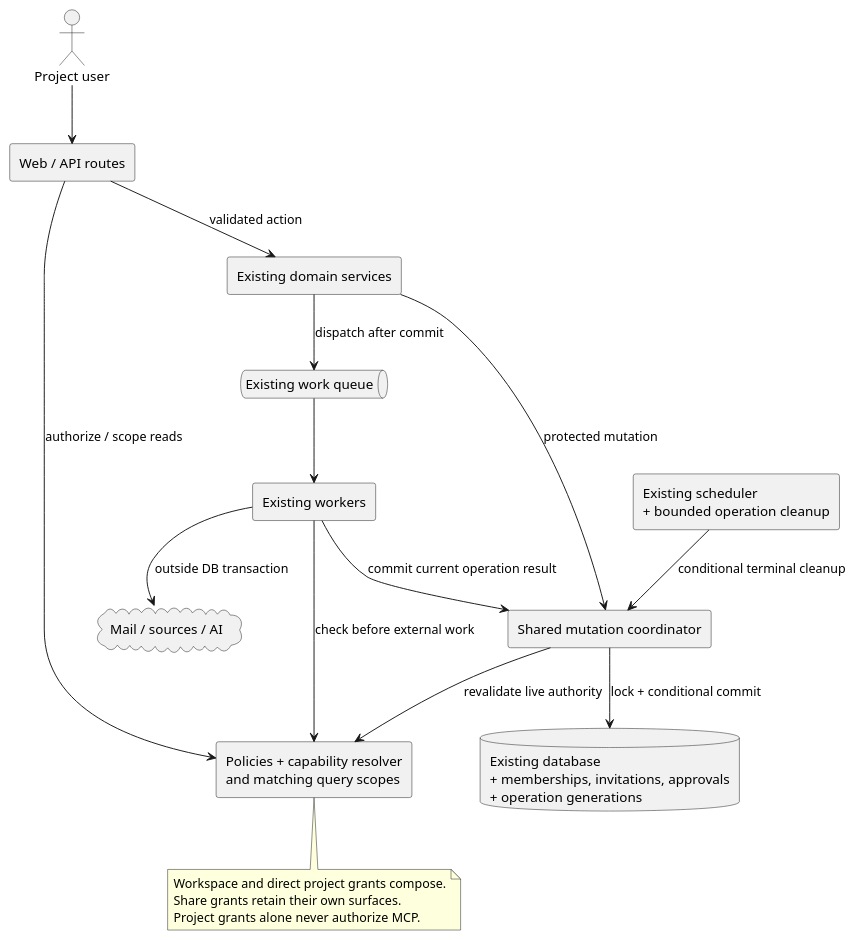
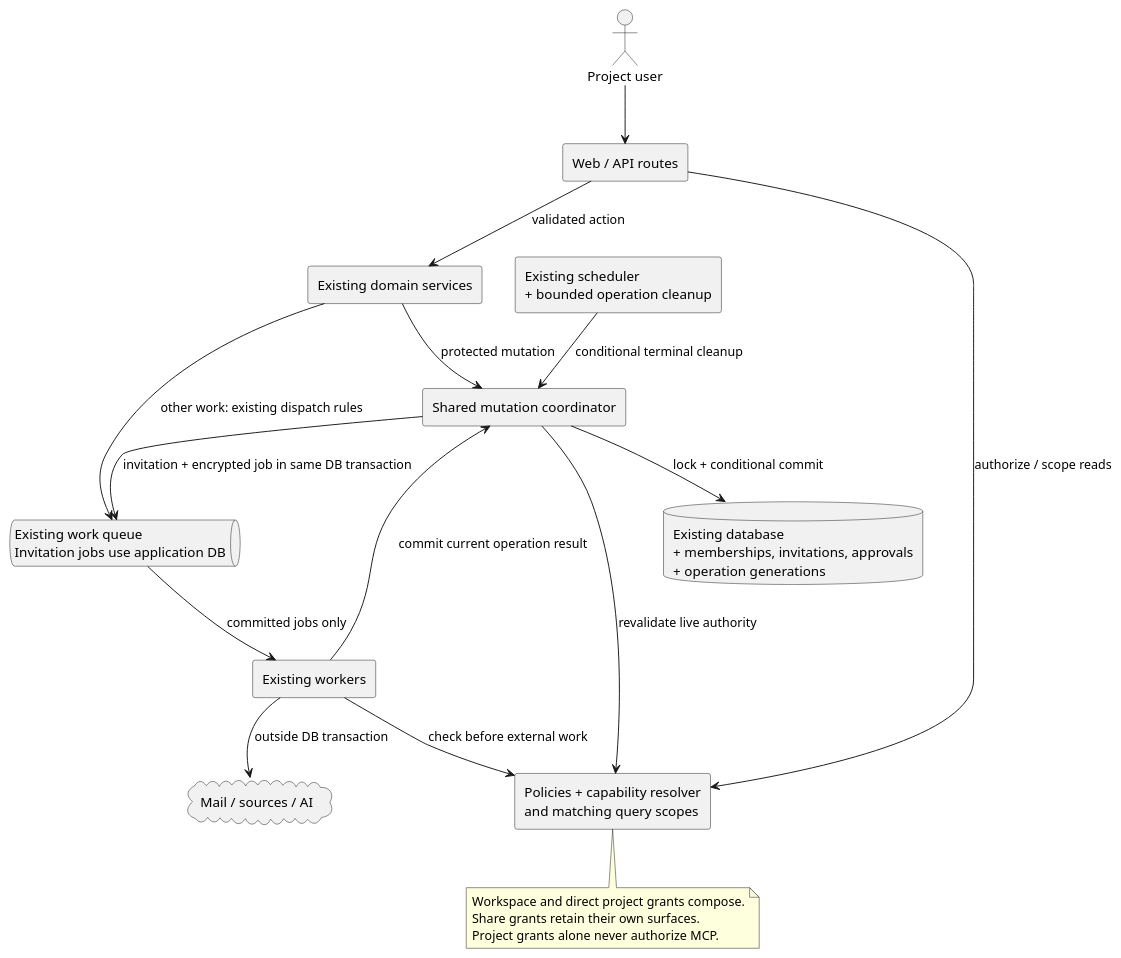
Before and after one commit to batjaa/kedge: the second of 3 diagrams in docs/plans/project-access-eng-review.md, drawn with PlantUML. The commit also changed other lines of this file and 5 other files, not shown here.

Commit message:
docs(spec): make invitation queue handoff atomic

````diff
--- a/docs/plans/project-access-eng-review.md
+++ b/docs/plans/project-access-eng-review.md
@@ -432,32 +465,33 @@
 ```plantuml
 @startuml
 skinparam componentStyle rectangle
 actor "Project user" as User
 component "Web / API routes" as Routes
 component "Policies + capability resolver\nand matching query scopes" as Access
 component "Existing domain services" as Services
 component "Shared mutation coordinator" as Guard
 database "Existing database\n+ memberships, invitations, approvals\n+ operation generations" as DB
-queue "Existing work queue" as Queue
+queue "Existing work queue\nInvitation jobs use application DB" as Queue
 component "Existing workers" as Workers
 cloud "Mail / sources / AI" as External
 component "Existing scheduler\n+ bounded operation cleanup" as Cleanup
 User --> Routes
 Routes --> Access : authorize / scope reads
 Routes --> Services : validated action
 Services --> Guard : protected mutation
 Guard --> Access : revalidate live authority
 Guard --> DB : lock + conditional commit
-Services --> Queue : dispatch after commit
-Queue --> Workers
+Services --> Queue : other work: existing dispatch rules
+Guard --> Queue : invitation + encrypted job in same DB transaction
+Queue --> Workers : committed jobs only
 Workers --> Access : check before external work
 Workers --> External : outside DB transaction
 Workers --> Guard : commit current operation result
 Cleanup --> Guard : conditional terminal cleanup
 note bottom of Access
 Workspace and direct project grants compose.
 Share grants retain their own surfaces.
 Project grants alone never authorize MCP.
 end note
 @enduml
 ```
````
